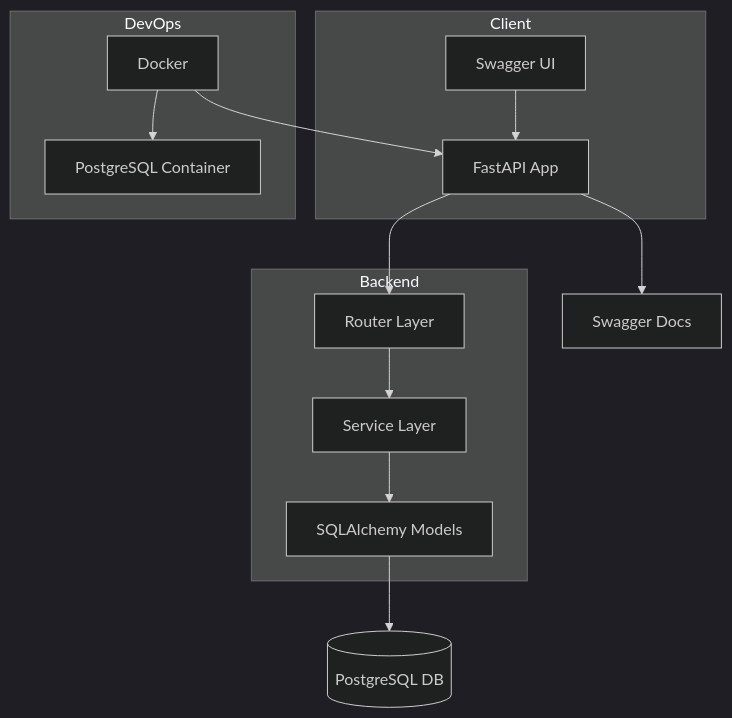
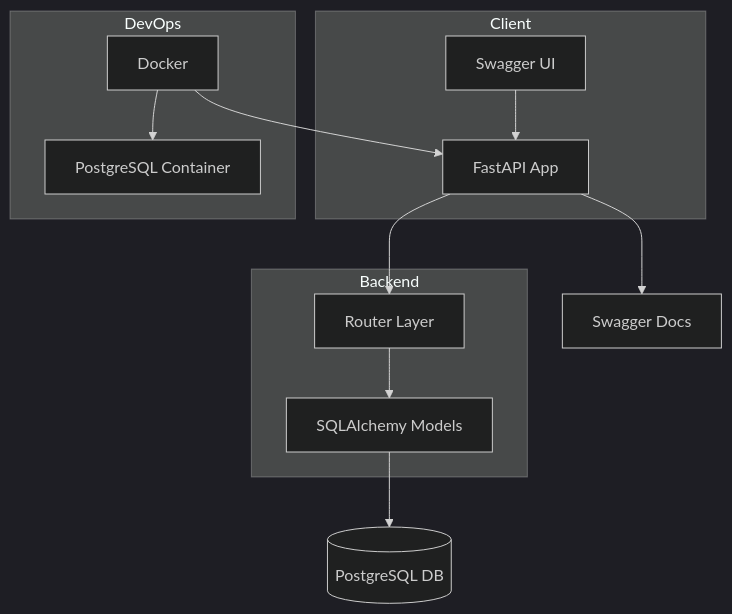
Before and after one commit to pablofriedmann/analogAPI: the diagram in README.md, drawn with Mermaid (dark theme). The commit also changed other lines of this file, not shown here.

````diff
--- a/README.md
+++ b/README.md
@@ -190,20 +196,19 @@
 ```mermaid
 graph TD
   subgraph Client
     A1[Swagger UI] --> B1[API Endpoints]
   end
 
   subgraph Backend
     B1[FastAPI App] --> B2[Router Layer]
-    B2 --> B3[Service Layer]
-    B3 --> B4[SQLAlchemy Models]
+    B2 --> B3[SQLAlchemy Models]
   end
 
-  B4 --> C1[(PostgreSQL DB)]
+  B3 --> C1[(PostgreSQL DB)]
   B1 --> D1[Swagger Docs]
 
   subgraph DevOps
     E1[Docker] --> F1[PostgreSQL Container]
     E1 --> B1
   end
 ```
````
